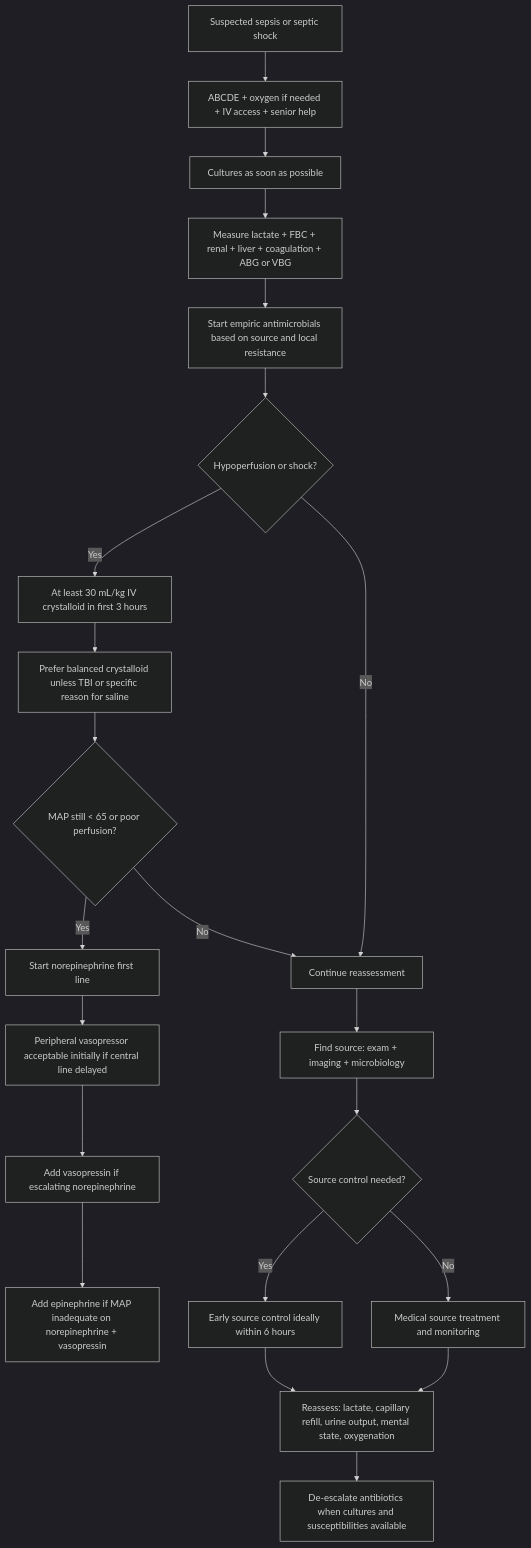
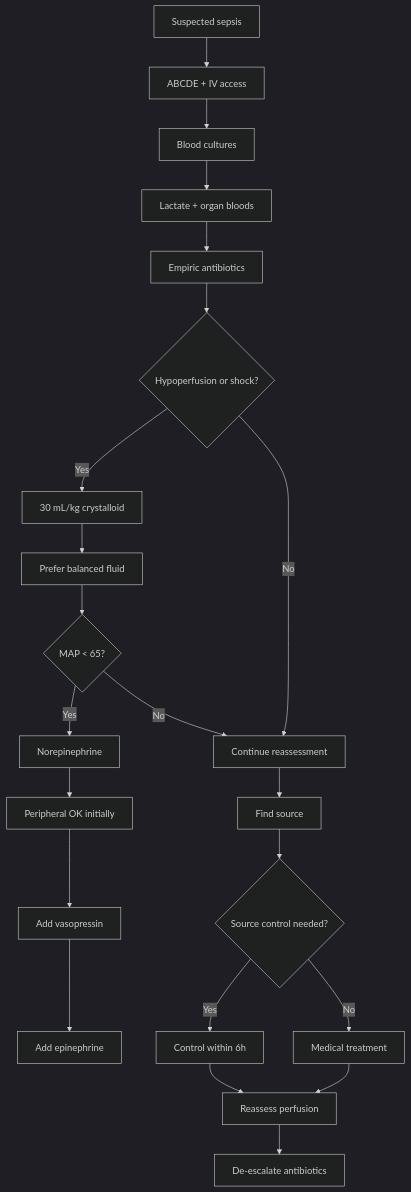
One commit to techjason/mbbspedia changed the diagram in content/fragments/general-surgery/general-principles/sepsis/mx.mdx. Above: the diagram before and after it, drawn with Mermaid (dark theme). The commit also changed 4 other files, not shown here.

Commit message:
Shorten shock and sepsis diagram labels

````diff
--- a/content/fragments/general-surgery/general-principles/sepsis/mx.mdx
+++ b/content/fragments/general-surgery/general-principles/sepsis/mx.mdx
@@ -22,24 +22,24 @@
 ```mermaid
 flowchart TD
-    A["Suspected sepsis or septic shock"] --> B["ABCDE + oxygen if needed + IV access + senior help"]
-    B --> C["Cultures as soon as possible"]
-    C --> D["Measure lactate + FBC + renal + liver + coagulation + ABG or VBG"]
-    D --> E["Start empiric antimicrobials based on source and local resistance"]
+    A["Suspected sepsis"] --> B["ABCDE + IV access"]
+    B --> C["Blood cultures"]
+    C --> D["Lactate + organ bloods"]
+    D --> E["Empiric antibiotics"]
     E --> F{"Hypoperfusion or shock?"}
-    F -->|"Yes"| G["At least 30 mL/kg IV crystalloid in first 3 hours"]
-    G --> H["Prefer balanced crystalloid unless TBI or specific reason for saline"]
-    H --> I{"MAP still < 65 or poor perfusion?"}
-    I -->|"Yes"| J["Start norepinephrine first line"]
-    J --> K["Peripheral vasopressor acceptable initially if central line delayed"]
-    K --> L["Add vasopressin if escalating norepinephrine"]
-    L --> M["Add epinephrine if MAP inadequate on norepinephrine + vasopressin"]
+    F -->|"Yes"| G["30 mL/kg crystalloid"]
+    G --> H["Prefer balanced fluid"]
+    H --> I{"MAP < 65?"}
+    I -->|"Yes"| J["Norepinephrine"]
+    J --> K["Peripheral OK initially"]
+    K --> L["Add vasopressin"]
+    L --> M["Add epinephrine"]
     I -->|"No"| N["Continue reassessment"]
     F -->|"No"| N
-    N --> O["Find source: exam + imaging + microbiology"]
+    N --> O["Find source"]
     O --> P{"Source control needed?"}
-    P -->|"Yes"| Q["Early source control ideally within 6 hours"]
-    P -->|"No"| R["Medical source treatment and monitoring"]
-    Q --> S["Reassess: lactate, capillary refill, urine output, mental state, oxygenation"]
+    P -->|"Yes"| Q["Control within 6h"]
+    P -->|"No"| R["Medical treatment"]
+    Q --> S["Reassess perfusion"]
     R --> S
-    S --> T["De-escalate antibiotics when cultures and susceptibilities available"]
+    S --> T["De-escalate antibiotics"]
 ```
````
